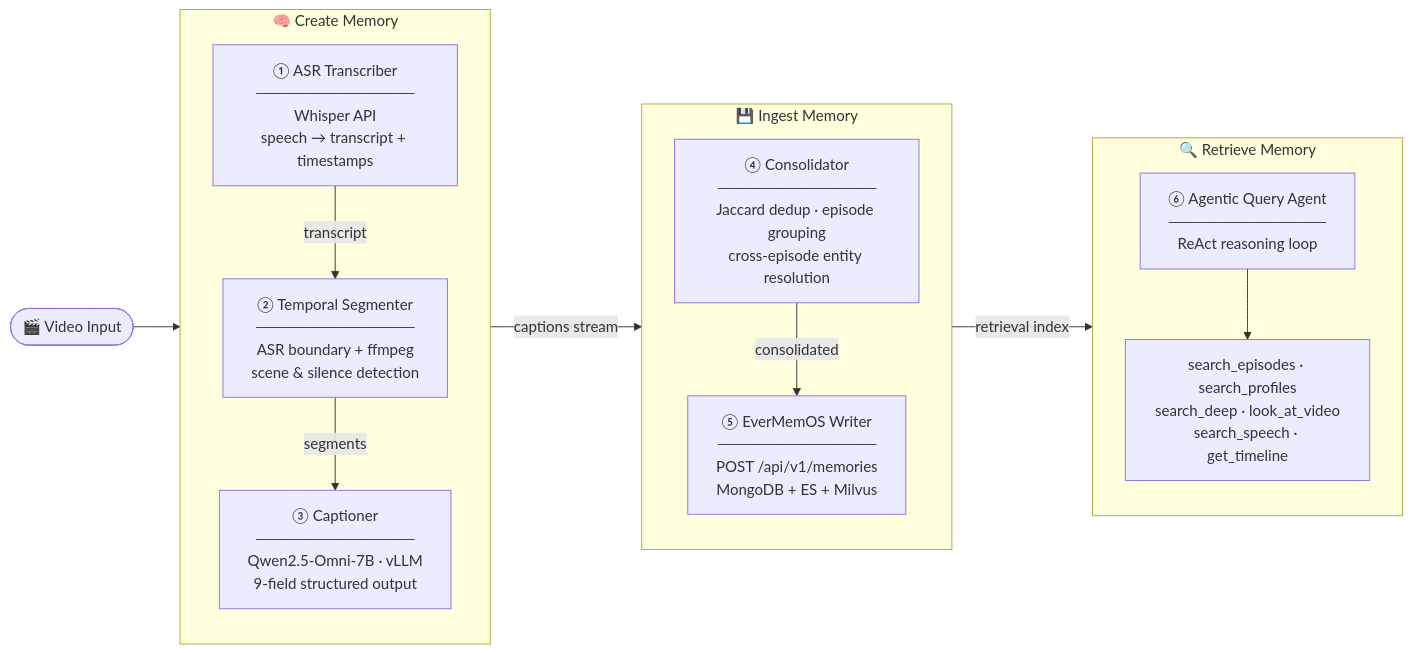
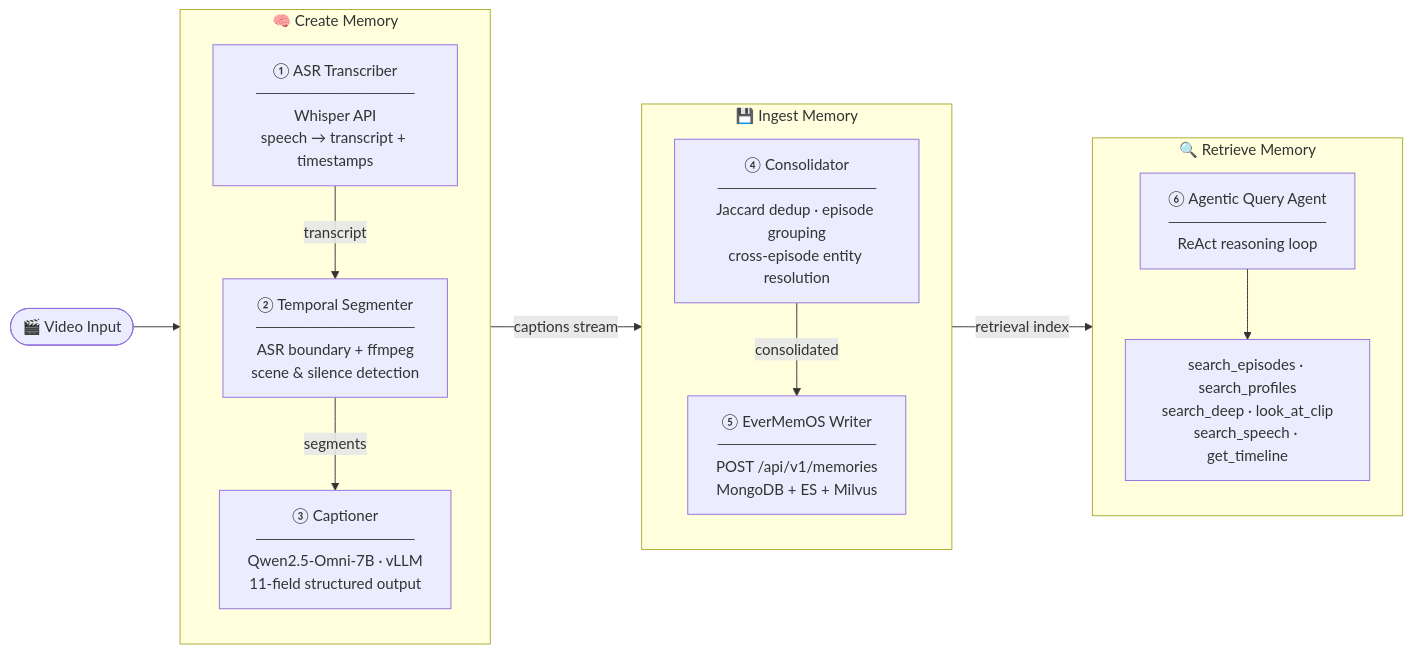
One commit to No00el/VidEngram changed the first of 2 diagrams in README.md. Above: the diagram before and after it, drawn with Mermaid. The commit also changed other lines of this file and 7 other files, not shown here.

````diff
--- a/README.md
+++ b/README.md
@@ -33,50 +33,50 @@
 ```mermaid
 flowchart LR
     VID([🎬 Video Input])
 
     subgraph CREATE["🧠  Create Memory"]
         direction TB
         A["① ASR Transcriber
 ──────────────
 Whisper API
 speech → transcript + timestamps"]
         B["② Temporal Segmenter
 ──────────────
 ASR boundary + ffmpeg
 scene & silence detection"]
         C["③ Captioner
 ──────────────
 Qwen2.5-Omni-7B · vLLM
-9-field structured output"]
+11-field structured output"]
         A -->|transcript| B
         B -->|segments| C
     end
 
     subgraph INGEST["💾  Ingest Memory"]
         direction TB
         D["④ Consolidator
 ──────────────
 Jaccard dedup · episode grouping
 cross-episode entity resolution"]
         E["⑤ EverMemOS Writer
 ──────────────
 POST /api/v1/memories
 MongoDB + ES + Milvus"]
         D -->|consolidated| E
     end
 
     subgraph RETRIEVE["🔍  Retrieve Memory"]
         direction TB
         F["⑥ Agentic Query Agent
 ──────────────
 ReAct reasoning loop"]
         G["search_episodes · search_profiles
-search_deep · look_at_video
+search_deep · look_at_clip
 search_speech · get_timeline"]
         F --> G
     end
 
     VID --> CREATE
     CREATE -->|captions stream| INGEST
     INGEST -->|retrieval index| RETRIEVE
 ```
````
